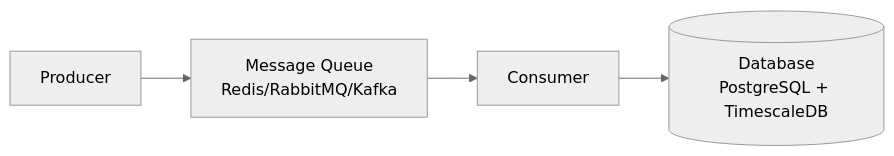
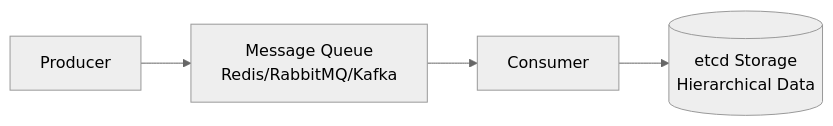
Before and after one commit to dilipmighty245/telemetry-pipeline: the first of 2 diagrams in docs/ETCD_MESSAGE_QUEUE.md, drawn with Mermaid (neutral theme). The commit also changed 33 other files, not shown here.

````diff
--- a/docs/ETCD_MESSAGE_QUEUE.md
+++ b/docs/ETCD_MESSAGE_QUEUE.md
@@ -10,6 +10,6 @@
 ```mermaid
 graph LR
     P[Producer] --> MQ[Message Queue<br/>Redis/RabbitMQ/Kafka]
     MQ --> C[Consumer]
-    C --> DB[(Database<br/>PostgreSQL + TimescaleDB)]
+    C --> ETCD[(etcd Storage<br/>Hierarchical Data)]
 ```
````
